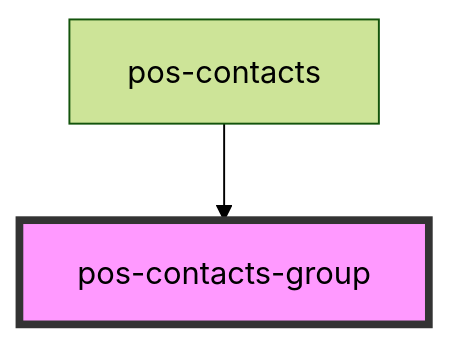
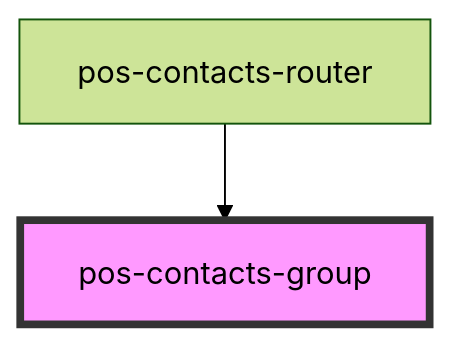
The diagram in contacts/src/components/readme.md (pod-os/PodOS), drawn with Mermaid (forest theme) before and after one commit. The commit also changed other lines of this file and 9 other files, not shown here.

````diff
--- a/contacts/src/components/readme.md
+++ b/contacts/src/components/readme.md
@@ -23,5 +23,5 @@
 ```mermaid
 graph TD;
-  pos-contacts --> pos-contacts-group
+  pos-contacts-router --> pos-contacts-group
   style pos-contacts-group fill:#f9f,stroke:#333,stroke-width:4px
 ```
````
